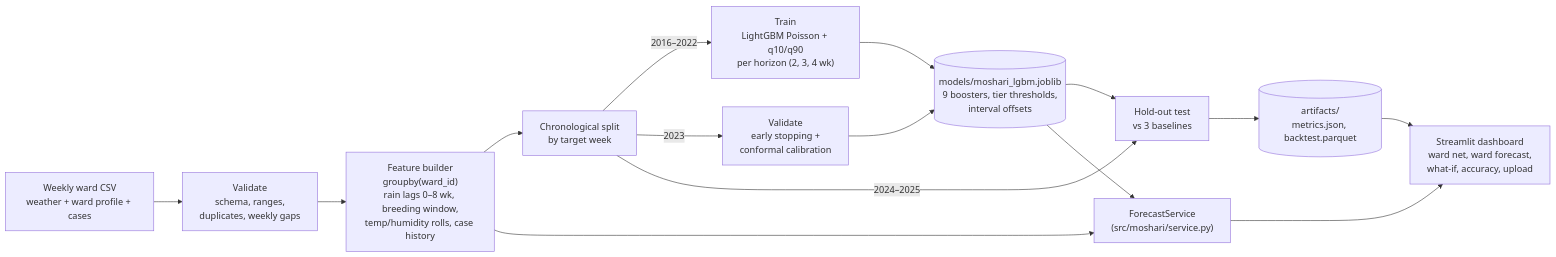
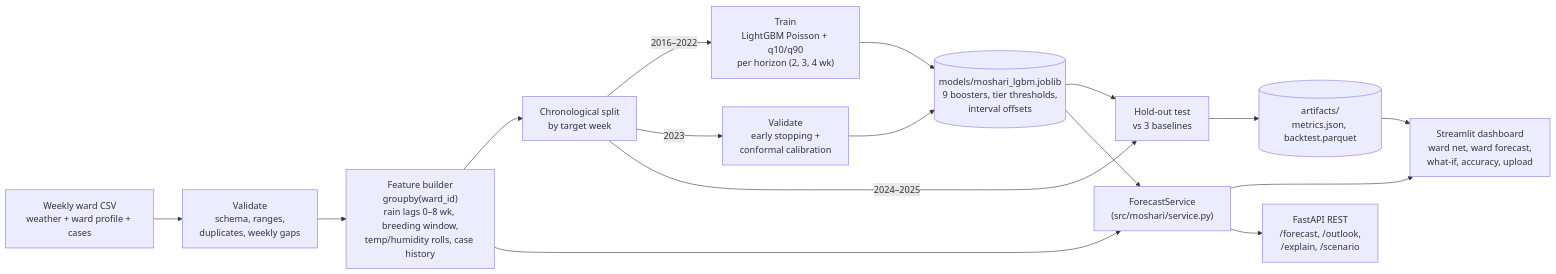
One commit to yasinDoc/moshari changed the diagram in ARCHITECTURE.md. Above: the diagram before and after it, drawn with Mermaid. The commit also changed other lines of this file and 6 other files, not shown here.

First line of the commit message:
Add FastAPI REST layer over ForecastService; collapse sidebar on phones

````diff
--- a/ARCHITECTURE.md
+++ b/ARCHITECTURE.md
@@ -7,16 +7,17 @@
 ```mermaid
 flowchart LR
     A["Weekly ward CSV<br/>weather + ward profile + cases"] --> B["Validate<br/>schema, ranges,<br/>duplicates, weekly gaps"]
     B --> C["Feature builder<br/>groupby(ward_id)<br/>rain lags 0–8 wk, breeding window,<br/>temp/humidity rolls, case history"]
     C --> D["Chronological split<br/>by target week"]
     D -->|"2016–2022"| E["Train<br/>LightGBM Poisson + q10/q90<br/>per horizon (2, 3, 4 wk)"]
     D -->|"2023"| F["Validate<br/>early stopping +<br/>conformal calibration"]
     E --> G[("models/moshari_lgbm.joblib<br/>9 boosters, tier thresholds,<br/>interval offsets")]
     F --> G
     D -->|"2024–2025"| H["Hold-out test<br/>vs 3 baselines"]
     G --> H --> I[("artifacts/<br/>metrics.json, backtest.parquet")]
     G --> J["ForecastService<br/>(src/moshari/service.py)"]
     C --> J
     J --> K["Streamlit dashboard<br/>ward net, ward forecast,<br/>what-if, accuracy, upload"]
+    J --> L["FastAPI REST<br/>/forecast, /outlook,<br/>/explain, /scenario"]
     I --> K
 ```
````
